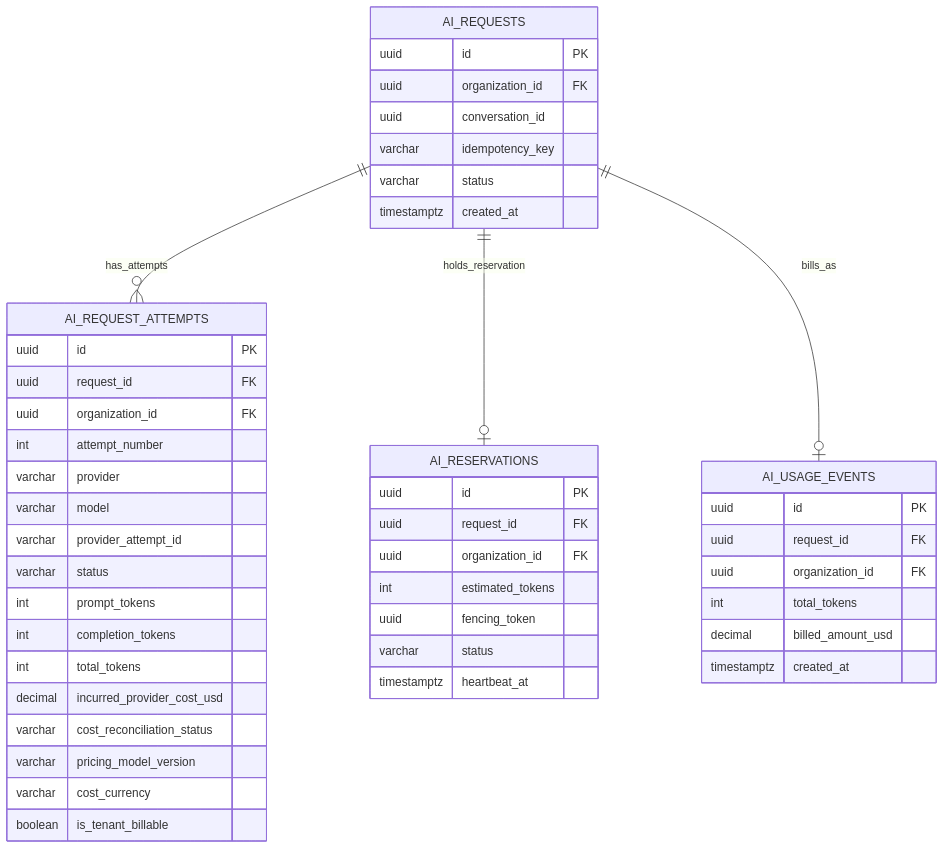
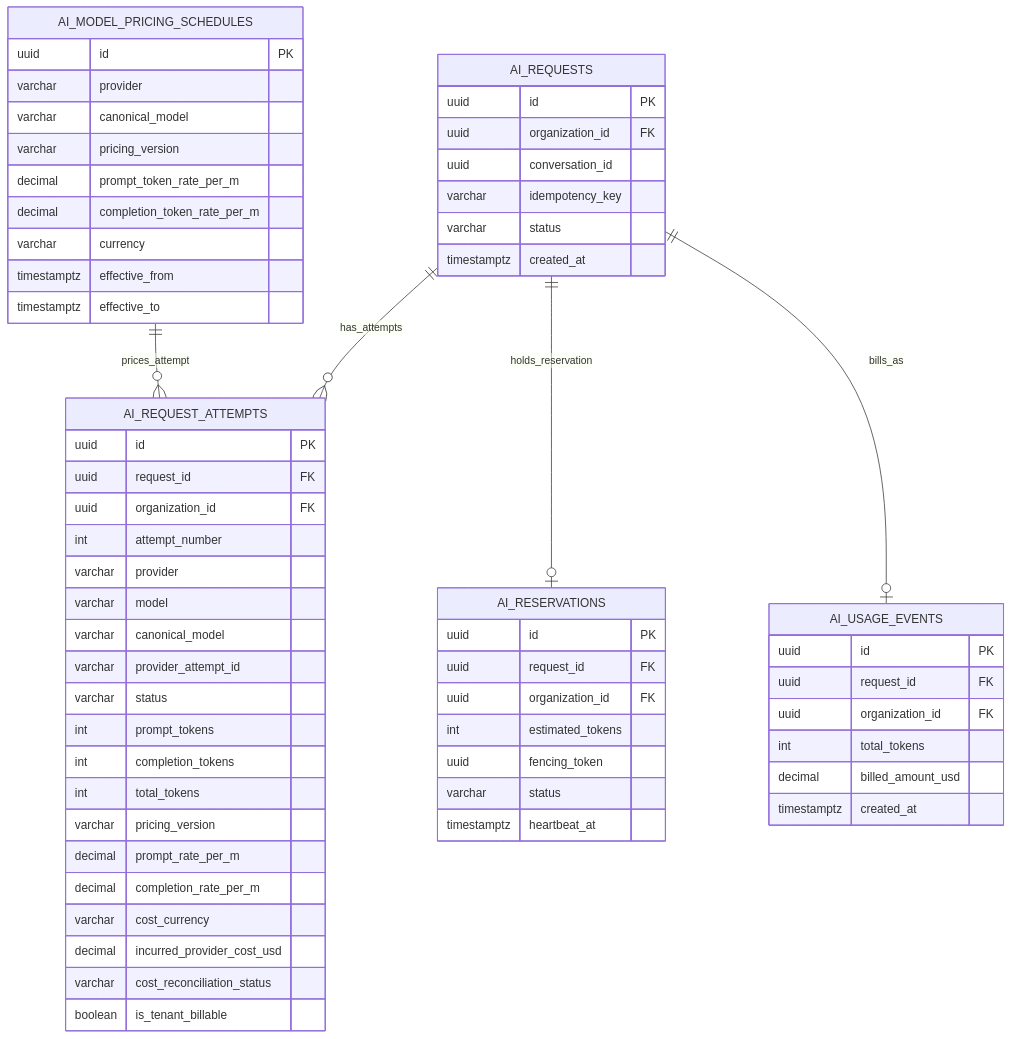
The fourth of 5 diagrams in docs/ARCHITECTURE.md (HarshParyani33/orbit), drawn with Mermaid before and after one commit. The commit also changed other lines of this file, not shown here.

Commit message:
docs: update architecture specification v1.1.3

````diff
--- a/docs/ARCHITECTURE.md
+++ b/docs/ARCHITECTURE.md
@@ -545,53 +747,69 @@
 ```mermaid
 erDiagram
     AI_REQUESTS ||--o{ AI_REQUEST_ATTEMPTS : has_attempts
     AI_REQUESTS ||--o| AI_RESERVATIONS : holds_reservation
     AI_REQUESTS ||--o| AI_USAGE_EVENTS : bills_as
+    AI_MODEL_PRICING_SCHEDULES ||--o{ AI_REQUEST_ATTEMPTS : prices_attempt
 
     AI_REQUESTS {
         uuid id PK
         uuid organization_id FK
         uuid conversation_id
         varchar idempotency_key
         varchar status
         timestamptz created_at
     }
 
+    AI_MODEL_PRICING_SCHEDULES {
+        uuid id PK
+        varchar provider
+        varchar canonical_model
+        varchar pricing_version
+        decimal prompt_token_rate_per_m
+        decimal completion_token_rate_per_m
+        varchar currency
+        timestamptz effective_from
+        timestamptz effective_to
+    }
+
     AI_REQUEST_ATTEMPTS {
         uuid id PK
         uuid request_id FK
         uuid organization_id FK
         int attempt_number
         varchar provider
         varchar model
+        varchar canonical_model
         varchar provider_attempt_id
         varchar status
         int prompt_tokens
         int completion_tokens
         int total_tokens
+        varchar pricing_version
+        decimal prompt_rate_per_m
+        decimal completion_rate_per_m
+        varchar cost_currency
         decimal incurred_provider_cost_usd
         varchar cost_reconciliation_status
-        varchar pricing_model_version
-        varchar cost_currency
         boolean is_tenant_billable
     }
 
     AI_RESERVATIONS {
         uuid id PK
         uuid request_id FK
         uuid organization_id FK
         int estimated_tokens
         uuid fencing_token
         varchar status
         timestamptz heartbeat_at
     }
 
     AI_USAGE_EVENTS {
         uuid id PK
         uuid request_id FK
         uuid organization_id FK
         int total_tokens
         decimal billed_amount_usd
         timestamptz created_at
     }
 ```
````
